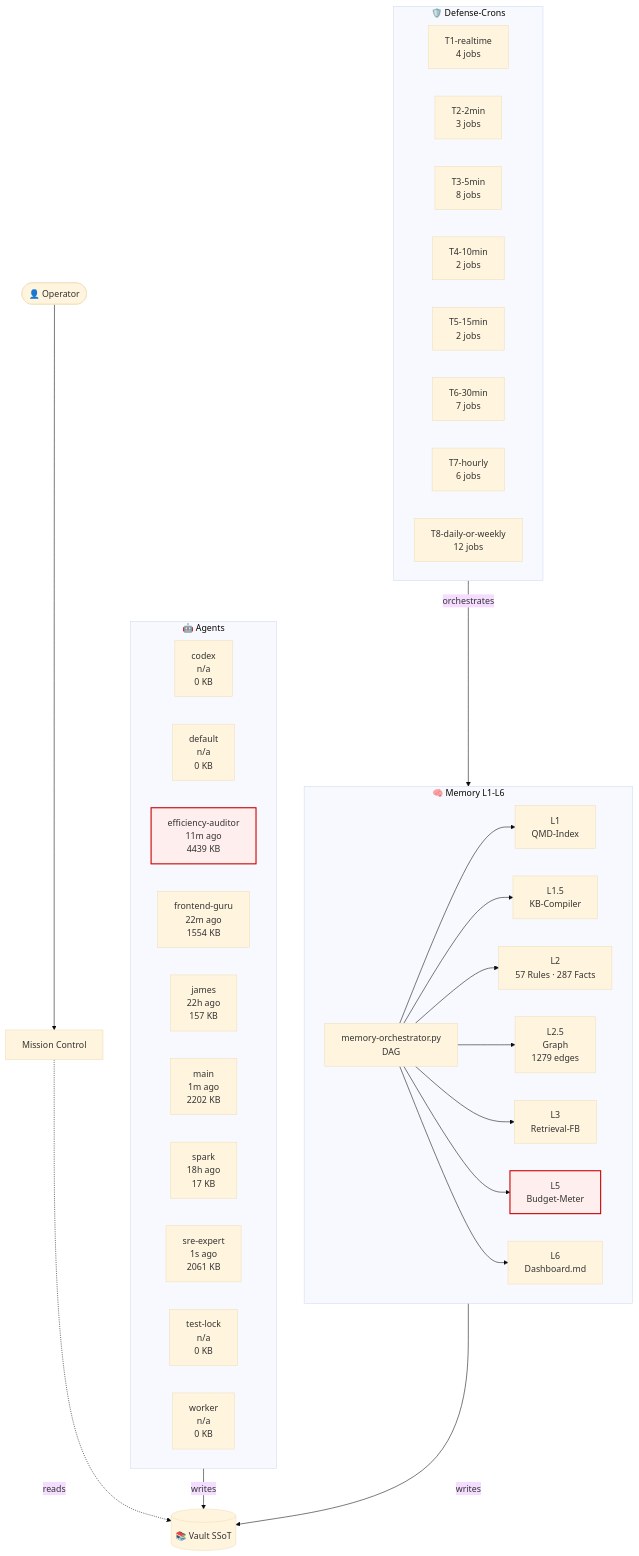
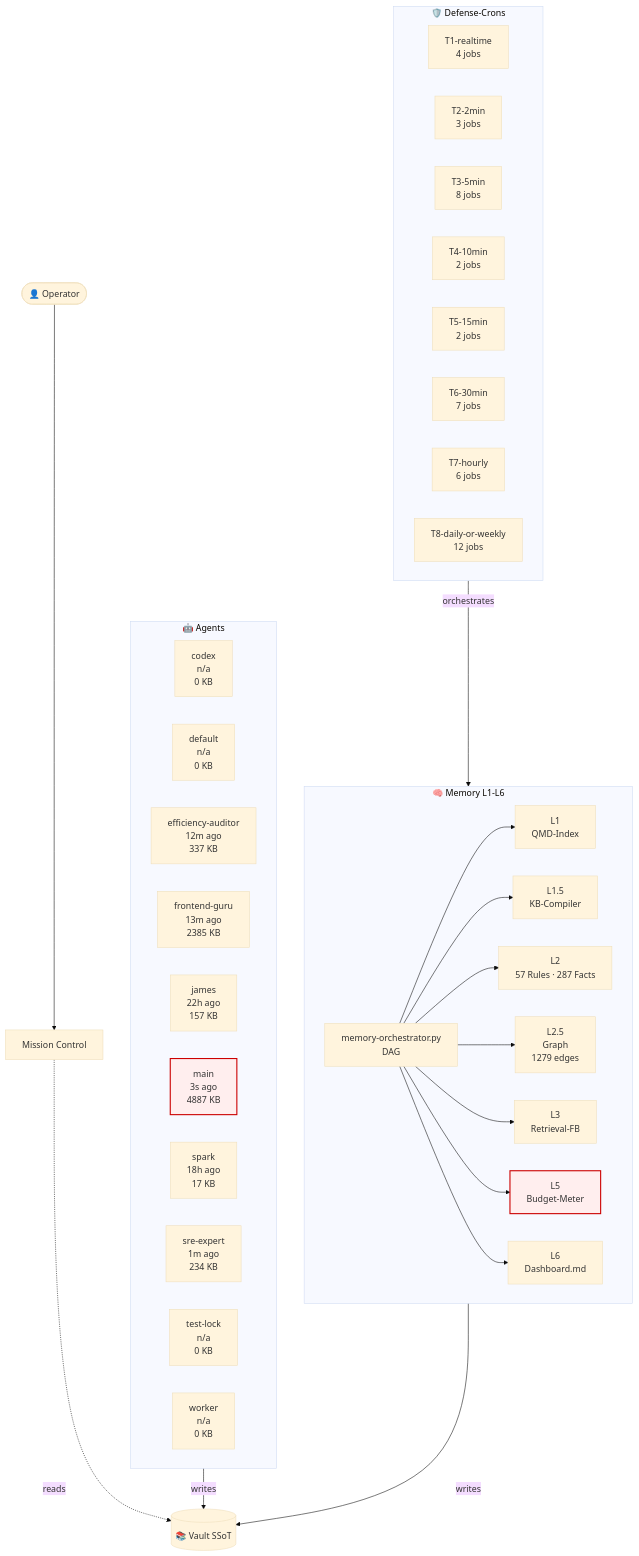
The diagram in 03-Agents/architecture-live.md (lenardhuebner88-rgb/openclaw-memory), drawn with Mermaid (base theme) before and after one commit. The commit also changed other lines of this file and 4 other files, not shown here.

````diff
--- a/03-Agents/architecture-live.md
+++ b/03-Agents/architecture-live.md
@@ -18,53 +18,53 @@
 ```mermaid
 flowchart TB
     classDef critical fill:#fee,stroke:#c00,stroke-width:2px;
     subgraph AGT["🤖 Agents"]
         agent_codex["codex<br/>n/a<br/>0 KB"]
         agent_default["default<br/>n/a<br/>0 KB"]
-        agent_efficiency_auditor["efficiency-auditor<br/>11m ago<br/>4439 KB"]
-        agent_frontend_guru["frontend-guru<br/>22m ago<br/>1554 KB"]
+        agent_efficiency_auditor["efficiency-auditor<br/>12m ago<br/>337 KB"]
+        agent_frontend_guru["frontend-guru<br/>13m ago<br/>2385 KB"]
         agent_james["james<br/>22h ago<br/>157 KB"]
-        agent_main["main<br/>1m ago<br/>2202 KB"]
+        agent_main["main<br/>3s ago<br/>4887 KB"]
         agent_spark["spark<br/>18h ago<br/>17 KB"]
-        agent_sre_expert["sre-expert<br/>1s ago<br/>2061 KB"]
+        agent_sre_expert["sre-expert<br/>1m ago<br/>234 KB"]
         agent_test_lock["test-lock<br/>n/a<br/>0 KB"]
         agent_worker["worker<br/>n/a<br/>0 KB"]
     end
     subgraph MEM["🧠 Memory L1-L6"]
         L1["L1<br/>QMD-Index"]
         L15["L1.5<br/>KB-Compiler"]
         L2["L2<br/>57 Rules · 287 Facts"]
         L25["L2.5<br/>Graph<br/>1279 edges"]
         L3["L3<br/>Retrieval-FB"]
         L5["L5<br/>Budget-Meter"]
         L6["L6<br/>Dashboard.md"]
         ORCH["memory-orchestrator.py<br/>DAG"]
     end
     subgraph CRN["🛡️ Defense-Crons"]
         tier_T1_realtime["T1-realtime<br/>4 jobs"]
         tier_T2_2min["T2-2min<br/>3 jobs"]
         tier_T3_5min["T3-5min<br/>8 jobs"]
         tier_T4_10min["T4-10min<br/>2 jobs"]
         tier_T5_15min["T5-15min<br/>2 jobs"]
         tier_T6_30min["T6-30min<br/>7 jobs"]
         tier_T7_hourly["T7-hourly<br/>6 jobs"]
         tier_T8_daily_or_weekly["T8-daily-or-weekly<br/>12 jobs"]
     end
     VAULT[("📚 Vault SSoT")]
     OP([👤 Operator])
     MC["Mission Control"]
     OP --> MC
     MC -.reads.-> VAULT
     AGT -->|writes| VAULT
     MEM -->|writes| VAULT
     ORCH --> L1
     ORCH --> L15
     ORCH --> L2
     ORCH --> L25
     ORCH --> L3
     ORCH --> L5
     ORCH --> L6
     CRN -->|orchestrates| MEM
     class L5 critical
-    class agent_efficiency_auditor critical
+    class agent_main critical
 ```
````
